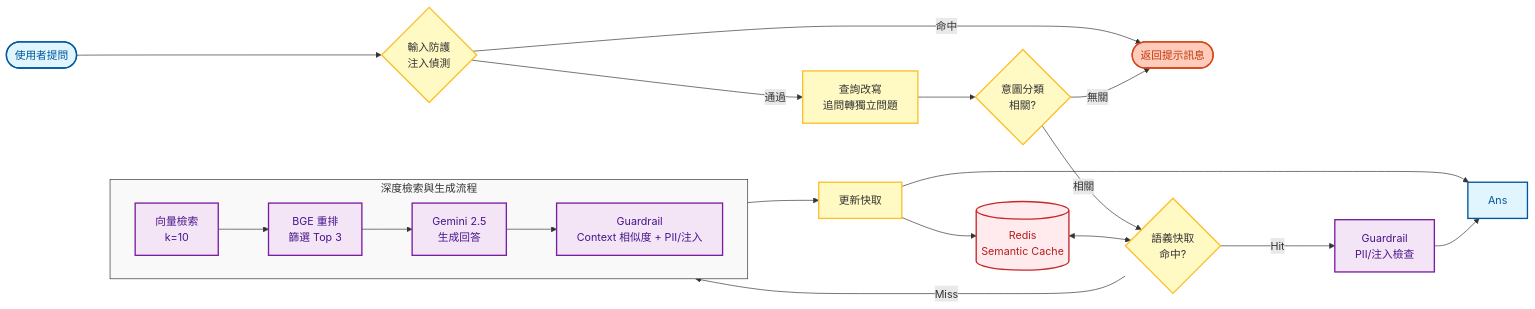
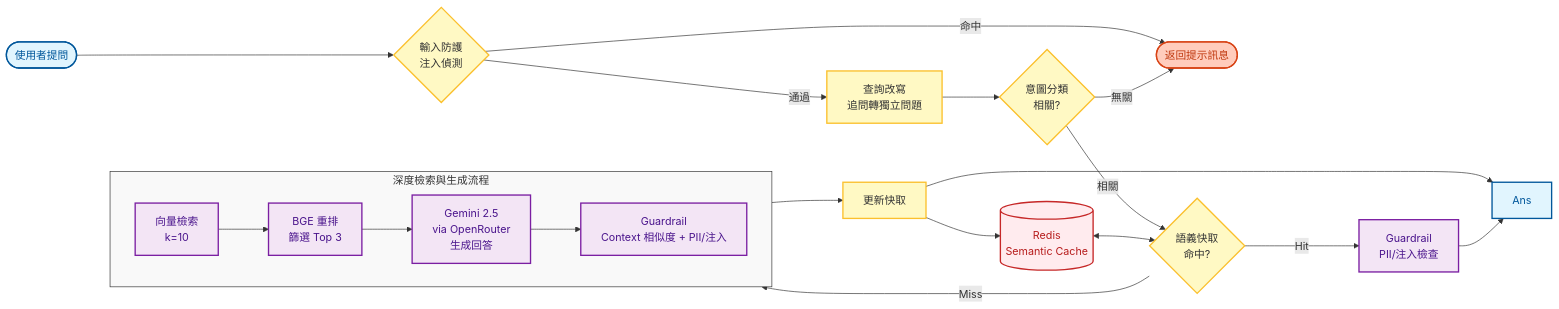
The second of 4 diagrams in architecture.md (albertkingdom/rag-chatbot-demo), drawn with Mermaid before and after one commit. The commit also changed other lines of this file and 1 other file, not shown here.

First line of the commit message:
docs: update documentation for OpenRouter migration and cache threshold

````diff
--- a/architecture.md
+++ b/architecture.md
@@ -76,47 +76,47 @@
 ```mermaid
 flowchart LR
     %% 方向與元件定義
     Q([使用者提問]) --> InputGuard{輸入防護<br/>注入偵測}
 
     InputGuard -- 命中 --> Reject([返回提示訊息])
     InputGuard -- 通過 --> Rewrite[查詢改寫<br/>追問轉獨立問題]
 
     Rewrite --> Intent{意圖分類<br/>相關?}
 
     Intent -- 無關 --> Reject
     Intent -- 相關 --> Cache{語義快取<br/>命中?}
 
     Redis[(Redis<br/>Semantic Cache)] <--> Cache
 
     subgraph RAG ["深度檢索與生成流程"]
         direction LR
         Search[向量檢索<br/>k=10] --> Rerank[BGE 重排<br/>篩選 Top 3]
-        Rerank --> Gen[Gemini 2.5<br/>生成回答]
+        Rerank --> Gen[Gemini 2.5<br/>via OpenRouter<br/>生成回答]
         Gen --> GuardDeep[Guardrail<br/>Context 相似度 + PII/注入]
     end
 
     Cache -- Miss --> Search
     Cache -- Hit ----> GuardCache[Guardrail<br/>PII/注入檢查]
 
     %% 回寫快取路徑
     GuardDeep --> Store[更新快取]
     Store --> Redis
     Store --> Ans
     GuardCache --> Ans
 
     %% 樣式美化 (增強對比度以利簡報呈現)
     classDef input fill:#e1f5fe,stroke:#01579b,stroke-width:2px,color:#01579b
     classDef logic fill:#fff9c4,stroke:#fbc02d,stroke-width:2px,color:#333
     classDef core fill:#f3e5f5,stroke:#7b1fa2,stroke-width:2px,color:#4a148c
     classDef storage fill:#ffebee,stroke:#c62828,stroke-width:2px,color:#b71c1c
     classDef reject fill:#ffccbc,stroke:#d84315,stroke-width:2px,color:#bf360c
 
     class Q,Ans input
     class InputGuard,Rewrite,Intent,Cache,Store logic
     class Search,Rerank,Gen,GuardDeep,GuardCache core
     class Redis storage
     class Reject reject
 
     %% 子圖樣式
     style RAG fill:#f9f9f9,stroke:#333,stroke-width:1px,color:#333
 ```
````
